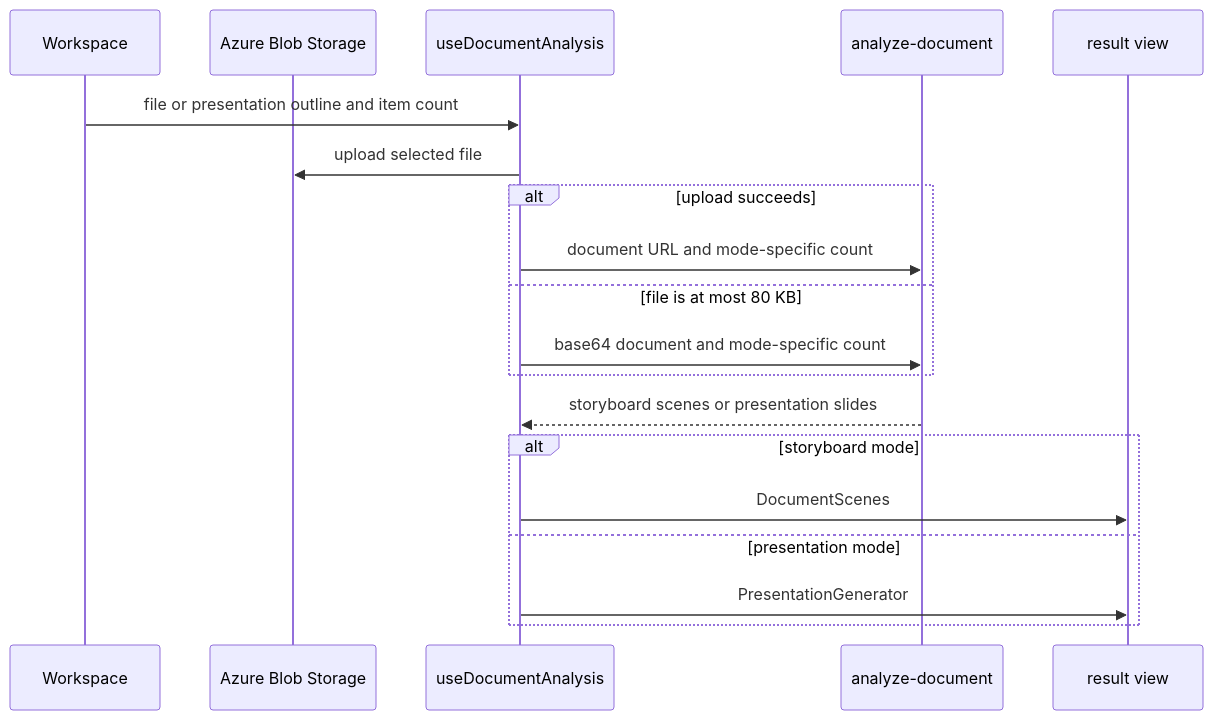
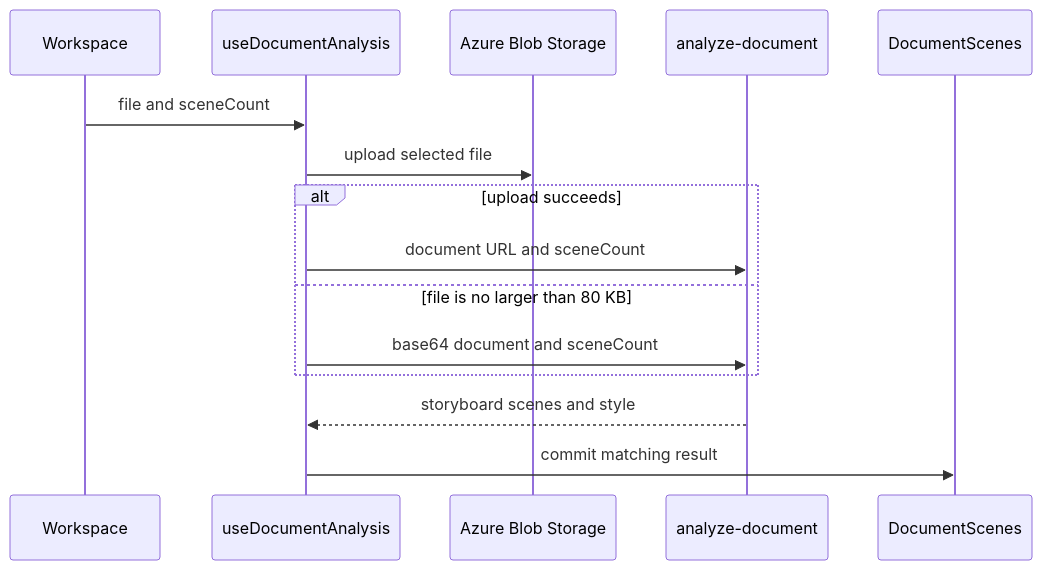
Before and after one commit to tony30552001/Genpic-master: the first of 2 diagrams in openwiki/frontend/create-workflows.md, drawn with Mermaid. The commit also changed other lines of this file and 34 other files, not shown here.

````diff
--- a/openwiki/frontend/create-workflows.md
+++ b/openwiki/frontend/create-workflows.md
@@ -34,21 +26,17 @@
 ```mermaid
 sequenceDiagram
   participant Workspace
+  participant Hook as useDocumentAnalysis
   participant Blob as Azure Blob Storage
-  participant Hook as useDocumentAnalysis
   participant Handler as analyze-document
-  participant View as result view
-  Workspace->>Hook: file or presentation outline and item count
+  participant View as DocumentScenes
+  Workspace->>Hook: file and sceneCount
   Hook->>Blob: upload selected file
   alt upload succeeds
-    Hook->>Handler: document URL and mode-specific count
-  else file is at most 80 KB
-    Hook->>Handler: base64 document and mode-specific count
+    Hook->>Handler: document URL and sceneCount
+  else file is no larger than 80 KB
+    Hook->>Handler: base64 document and sceneCount
   end
-  Handler-->>Hook: storyboard scenes or presentation slides
-  alt storyboard mode
-    Hook->>View: DocumentScenes
-  else presentation mode
-    Hook->>View: PresentationGenerator
-  end
+  Handler-->>Hook: storyboard scenes and style
+  Hook->>View: commit matching result
 ```
````
